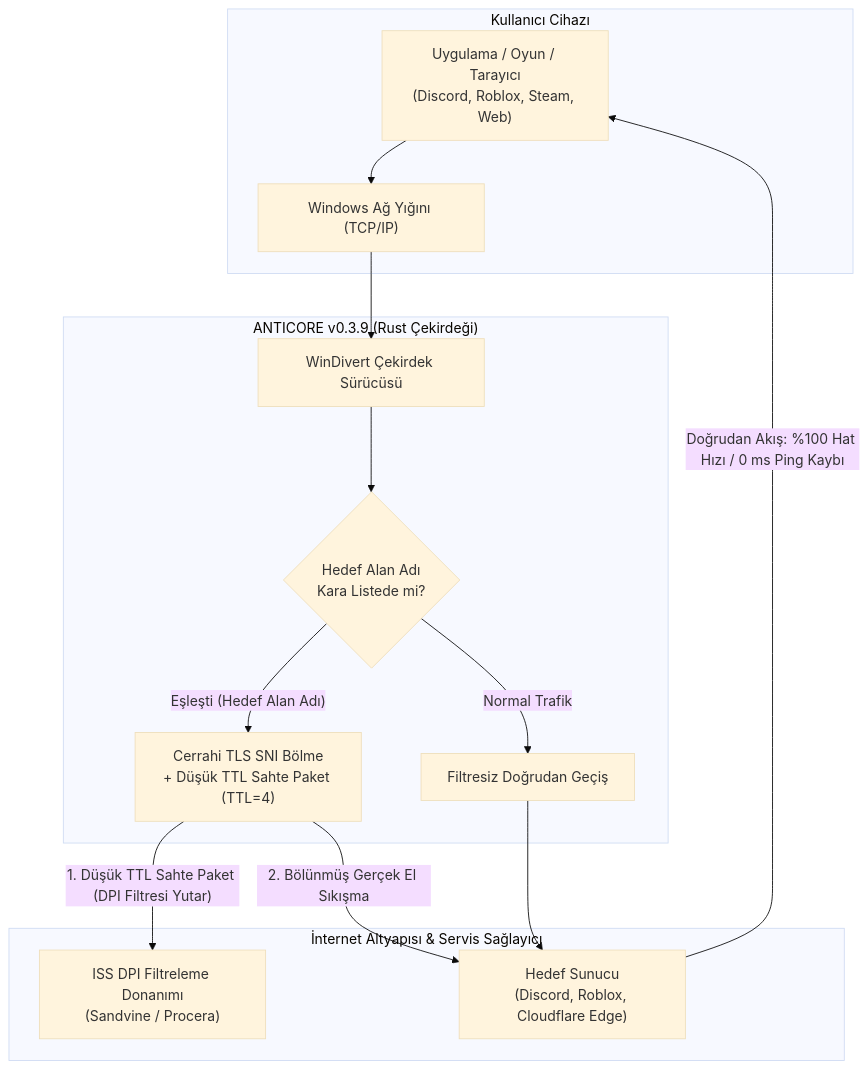
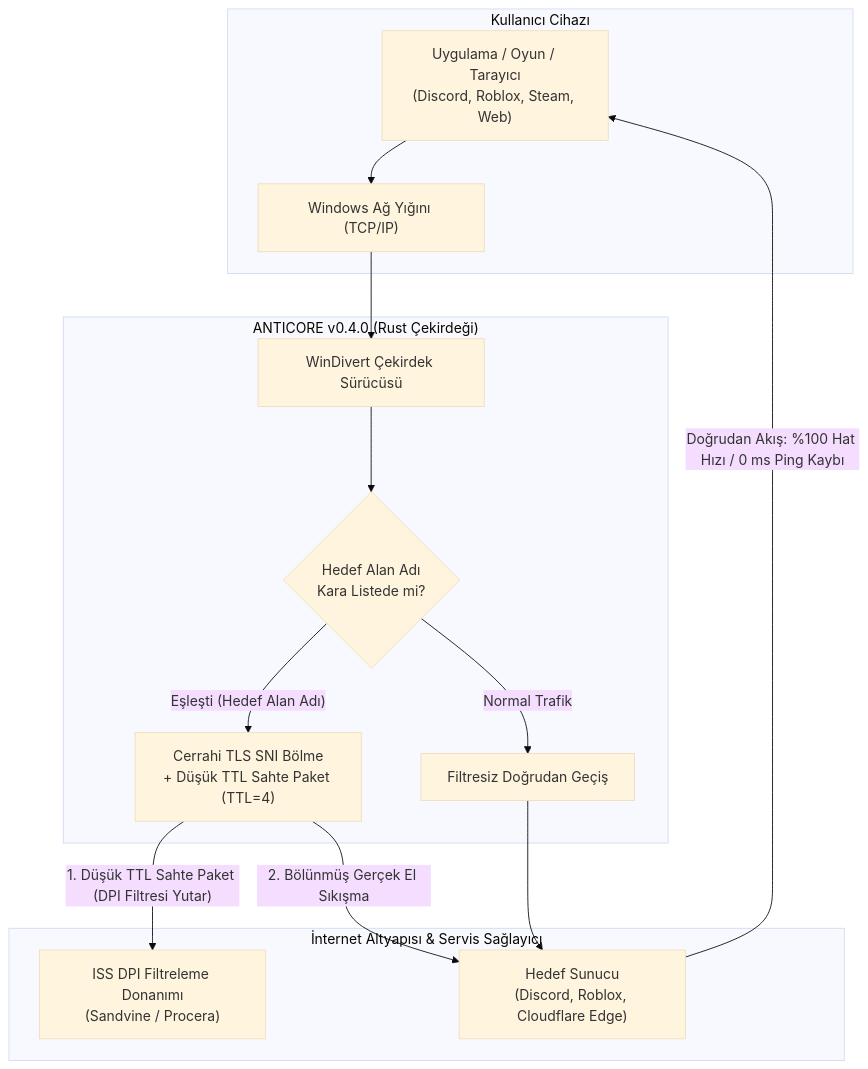
Before and after one commit to MonarchDevLab/Anticore: the diagram in README.md, drawn with Mermaid (base theme). The commit also changed other lines of this file and 9 other files, not shown here.

````diff
--- a/README.md
+++ b/README.md
@@ -514,29 +514,29 @@
 ```mermaid
 flowchart TD
     subgraph Client["Kullanıcı Cihazı"]
         App["Uygulama / Oyun / Tarayıcı\n(Discord, Roblox, Steam, Web)"]
         TCPIP["Windows Ağ Yığını (TCP/IP)"]
     end
 
-    subgraph AnticoreEngine["ANTICORE v0.3.9 (Rust Çekirdeği)"]
+    subgraph AnticoreEngine["ANTICORE v0.4.0 (Rust Çekirdeği)"]
         WD["WinDivert Çekirdek Sürücüsü"]
         Check{"Hedef Alan Adı\nKara Listede mi?"}
         Manip["Cerrahi TLS SNI Bölme\n+ Düşük TTL Sahte Paket (TTL=4)"]
         Bypass["Filtresiz Doğrudan Geçiş"]
     end
 
     subgraph Net["İnternet Altyapısı & Servis Sağlayıcı"]
         ISP["ISS DPI Filtreleme Donanımı\n(Sandvine / Procera)"]
         Target["Hedef Sunucu\n(Discord, Roblox, Cloudflare Edge)"]
     end
 
     App --> TCPIP
     TCPIP --> WD
     WD --> Check
     Check -- "Eşleşti (Hedef Alan Adı)" --> Manip
     Check -- "Normal Trafik" --> Bypass
     Manip -- "1. Düşük TTL Sahte Paket (DPI Filtresi Yutar)" --> ISP
     Manip -- "2. Bölünmüş Gerçek El Sıkışma" --> Target
     Bypass --> Target
     Target -->|"Doğrudan Akış: %100 Hat Hızı / 0 ms Ping Kaybı"| App
 ```
````
